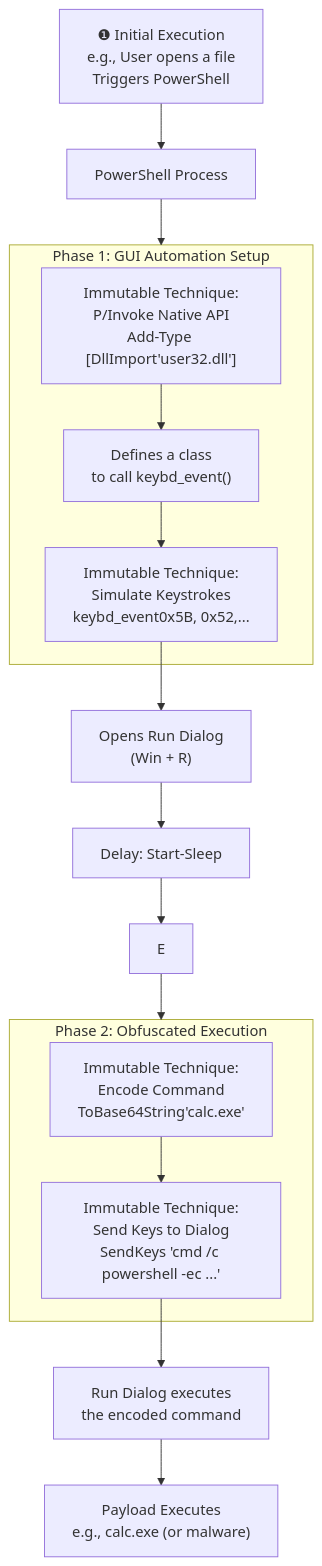
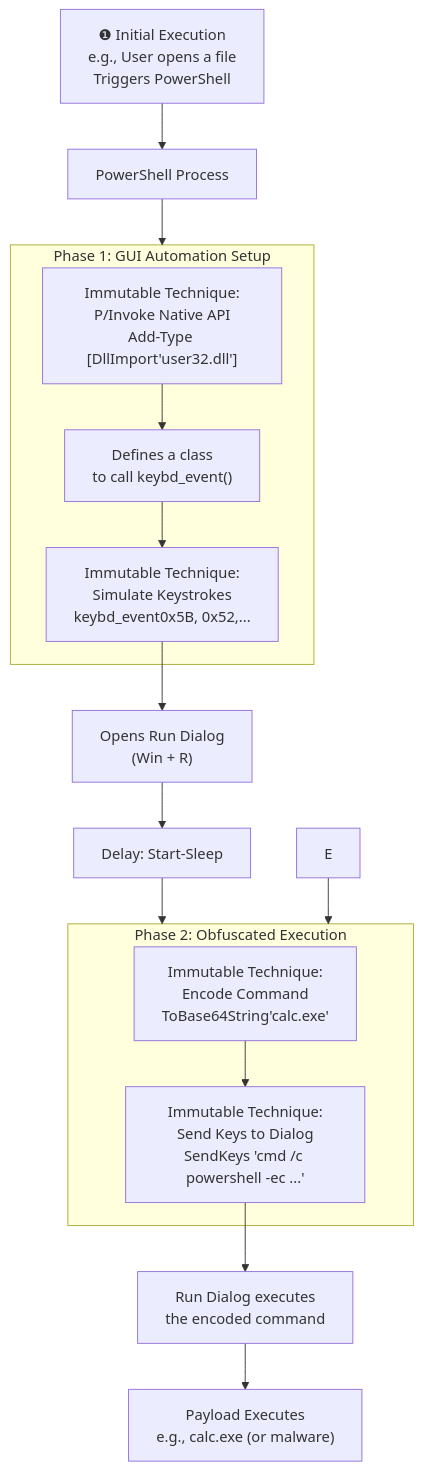
One commit to khaireddinechebbi/APTs-Detection-Framework changed the diagram in Reports/Techniques/T1566.002.md. Above: the diagram before and after it, drawn with Mermaid.

Commit message:
Report update

````diff
--- a/Reports/Techniques/T1566.002.md
+++ b/Reports/Techniques/T1566.002.md
@@ -17,22 +17,22 @@
 ```mermaid
 flowchart TD
 A["❶ Initial Execution<br>e.g., User opens a file<br>Triggers PowerShell"] --> B["PowerShell Process"];
 
 subgraph B1[Phase 1: GUI Automation Setup]
     B2["Immutable Technique:<br>P/Invoke Native API<br>Add-Type [DllImport'user32.dll']"] --> B3["Defines a class<br>to call keybd_event()"];
     B3 --> B4["Immutable Technique:<br>Simulate Keystrokes<br>keybd_event0x5B, 0x52,..."];
 end
 
 B --> B1;
 B4 --> C["Opens Run Dialog<br>(Win + R)"];
 C --> D["Delay: Start-Sleep"];
-D --> E;
+D --> E1;
 
 subgraph E1[Phase 2: Obfuscated Execution]
     E2["Immutable Technique:<br>Encode Command<br>ToBase64String'calc.exe'"] --> E3["Immutable Technique:<br>Send Keys to Dialog<br>SendKeys 'cmd /c powershell -ec ...'"];
 end
 
 E --> E1;
 E3 --> F["Run Dialog executes<br>the encoded command"];
 F --> G["Payload Executes<br>e.g., calc.exe (or malware)"];
 ```
````
